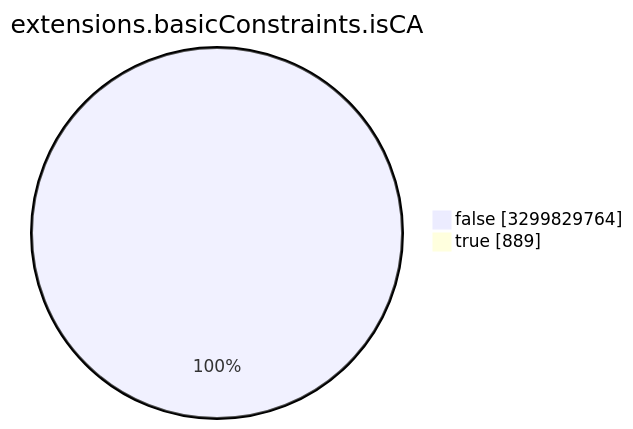
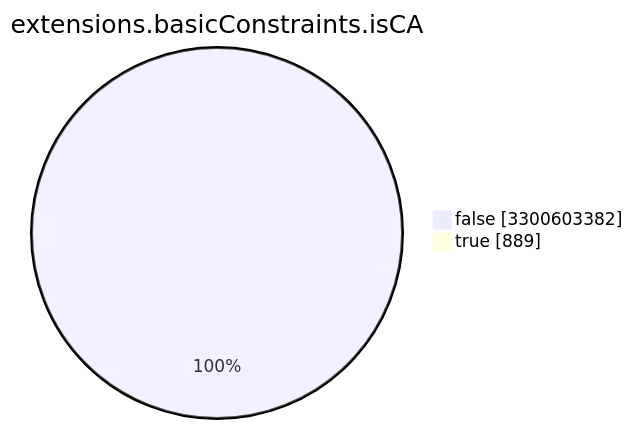
One commit to christiankrug/ctmonitor_visualization changed the seventh of 15 diagrams in TOTAL/README.md. Above: the diagram before and after it, drawn with Mermaid. The commit also changed other lines of this file, not shown here.

````diff
--- a/TOTAL/README.md
+++ b/TOTAL/README.md
@@ -3089,6 +3089,6 @@
 ```mermaid
 pie showData
 title extensions.basicConstraints.isCA
-"false" :3299829764
+"false" :3300603382
 "true" :889
 ```
````
